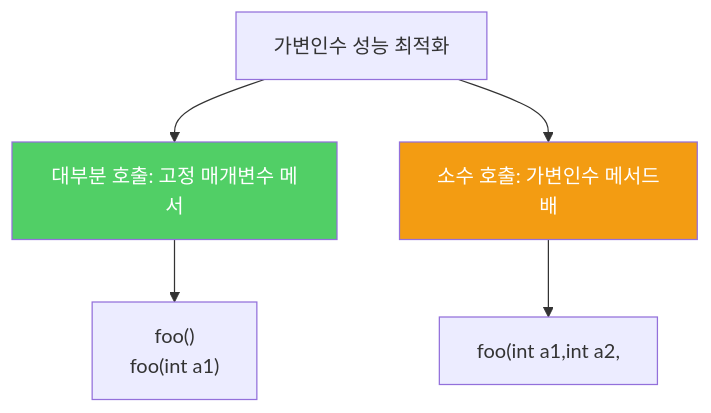
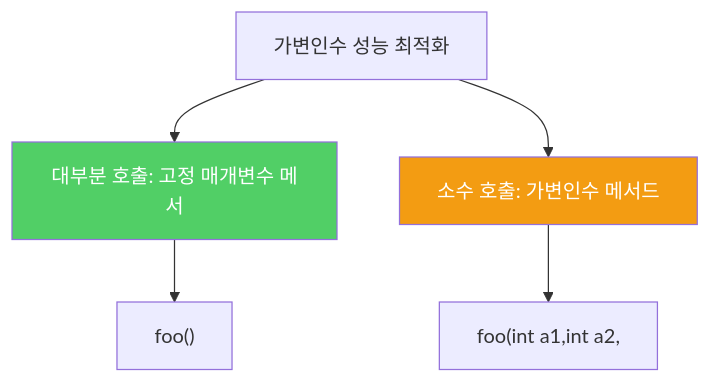
Before and after one commit to yjkim2015/yjkim2015.github.io: the diagram in _posts/java/2022-02-08-effective-java53.md, drawn with Mermaid. The commit also changed 217 other files, not shown here.

First line of the commit message:
Mermaid 크기 수정: useMaxWidth:true + SVG max-width:100% + 라벨 축소

````diff
--- a/_posts/java/2022-02-08-effective-java53.md
+++ b/_posts/java/2022-02-08-effective-java53.md
@@ -78,9 +78,9 @@
 ```mermaid
 graph TD
     A["가변인수 성능 최적화"] --> B["대부분 호출: 고정 매개변수 메서"]
-    A --> C["소수 호출: 가변인수 메서드\n배"]
-    B --> D["foo()\nfoo(int a1)"]
+    A --> C["소수 호출: 가변인수 메서드"]
+    B --> D["foo()"]
     C --> E["foo(int a1,int a2,"]
     style B fill:#51cf66,color:#fff
     style C fill:#f39c12,color:#fff
 ```
````
